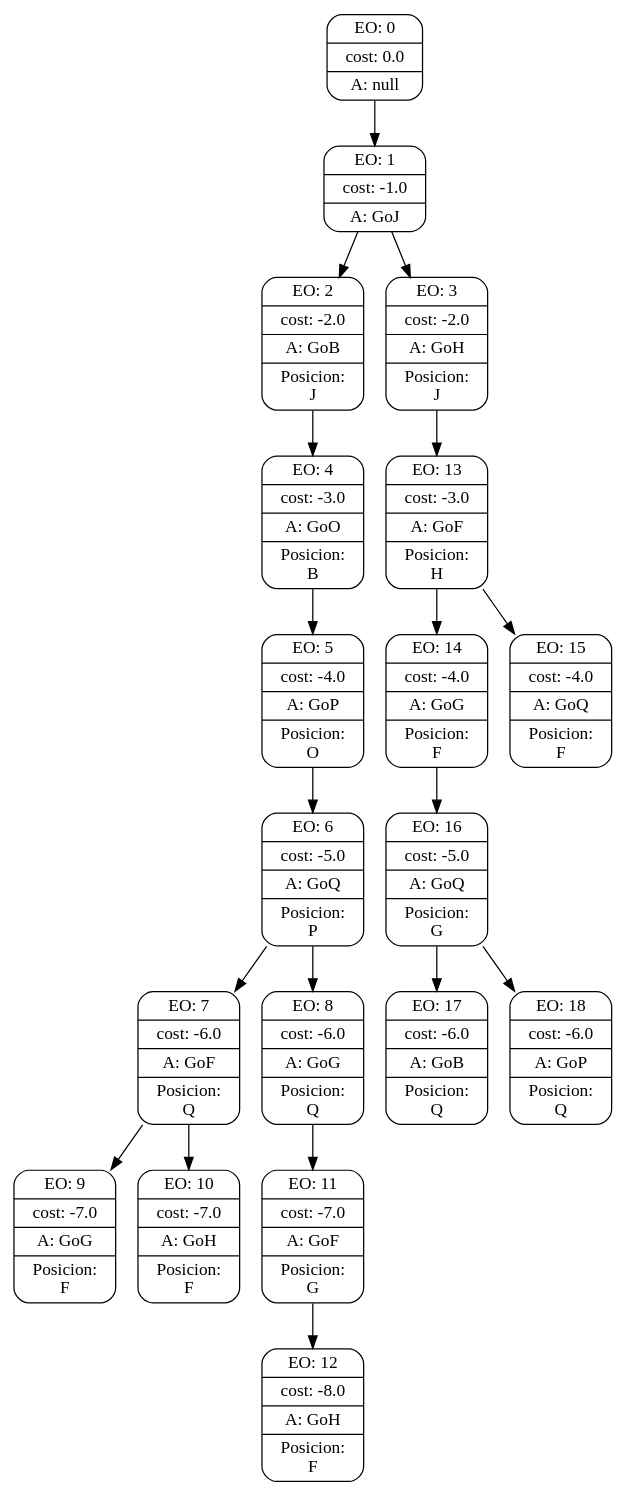
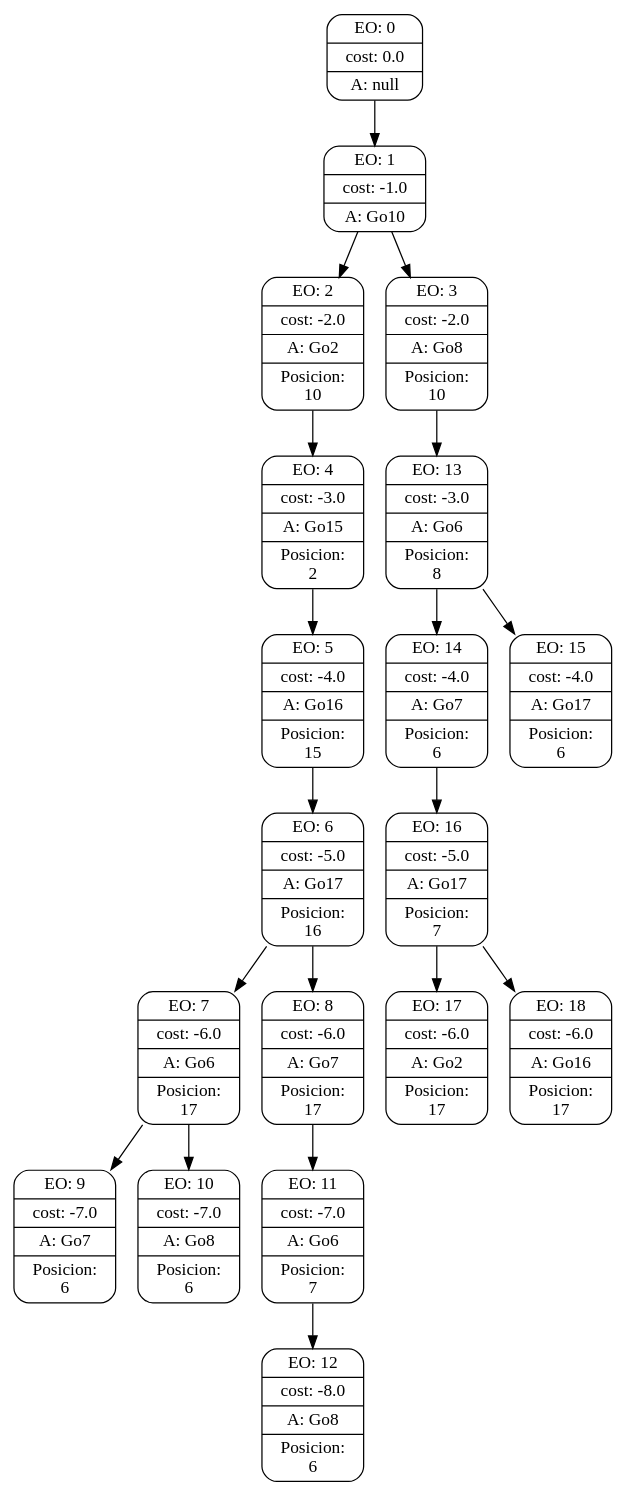
The diagram in searchGVTrees/8.dot (lniklison/TP-Inteligencia-artificial), drawn with Graphviz before and after one commit. The commit also changed 29 other files, not shown here.

```diff
--- a/searchGVTrees/8.dot
+++ b/searchGVTrees/8.dot
@@ -1,60 +1,60 @@
 digraph g {
 node [shape = Mrecord];
 nodo0[label="{EO: 0|cost: 0.0|A: null}"]
-nodo1[label="{EO: 1|cost: -1.0|A: GoJ}"]
-nodo2[label="{EO: 2|cost: -2.0|A: GoB|Posicion:\nJ}"]
-nodo4[label="{EO: 4|cost: -3.0|A: GoO|Posicion:\nB}"]
-nodo5[label="{EO: 5|cost: -4.0|A: GoP|Posicion:\nO}"]
-nodo6[label="{EO: 6|cost: -5.0|A: GoQ|Posicion:\nP}"]
-nodo7[label="{EO: 7|cost: -6.0|A: GoF|Posicion:\nQ}"]
-nodo9[label="{EO: 9|cost: -7.0|A: GoG|Posicion:\nF}"]
+nodo1[label="{EO: 1|cost: -1.0|A: Go10}"]
+nodo2[label="{EO: 2|cost: -2.0|A: Go2|Posicion:\n10}"]
+nodo4[label="{EO: 4|cost: -3.0|A: Go15|Posicion:\n2}"]
+nodo5[label="{EO: 5|cost: -4.0|A: Go16|Posicion:\n15}"]
+nodo6[label="{EO: 6|cost: -5.0|A: Go17|Posicion:\n16}"]
+nodo7[label="{EO: 7|cost: -6.0|A: Go6|Posicion:\n17}"]
+nodo9[label="{EO: 9|cost: -7.0|A: Go7|Posicion:\n6}"]
 
 nodo7 -> nodo9;
-nodo10[label="{EO: 10|cost: -7.0|A: GoH|Posicion:\nF}"]
+nodo10[label="{EO: 10|cost: -7.0|A: Go8|Posicion:\n6}"]
 
 nodo7 -> nodo10;
 
 nodo6 -> nodo7;
-nodo8[label="{EO: 8|cost: -6.0|A: GoG|Posicion:\nQ}"]
-nodo11[label="{EO: 11|cost: -7.0|A: GoF|Posicion:\nG}"]
-nodo12[label="{EO: 12|cost: -8.0|A: GoH|Posicion:\nF}"]
+nodo8[label="{EO: 8|cost: -6.0|A: Go7|Posicion:\n17}"]
+nodo11[label="{EO: 11|cost: -7.0|A: Go6|Posicion:\n7}"]
+nodo12[label="{EO: 12|cost: -8.0|A: Go8|Posicion:\n6}"]
 
 nodo11 -> nodo12;
 
 nodo8 -> nodo11;
 
 nodo6 -> nodo8;
 
 nodo5 -> nodo6;
 
 nodo4 -> nodo5;
 
 nodo2 -> nodo4;
 
 nodo1 -> nodo2;
-nodo3[label="{EO: 3|cost: -2.0|A: GoH|Posicion:\nJ}"]
-nodo13[label="{EO: 13|cost: -3.0|A: GoF|Posicion:\nH}"]
-nodo14[label="{EO: 14|cost: -4.0|A: GoG|Posicion:\nF}"]
-nodo16[label="{EO: 16|cost: -5.0|A: GoQ|Posicion:\nG}"]
-nodo17[label="{EO: 17|cost: -6.0|A: GoB|Posicion:\nQ}"]
+nodo3[label="{EO: 3|cost: -2.0|A: Go8|Posicion:\n10}"]
+nodo13[label="{EO: 13|cost: -3.0|A: Go6|Posicion:\n8}"]
+nodo14[label="{EO: 14|cost: -4.0|A: Go7|Posicion:\n6}"]
+nodo16[label="{EO: 16|cost: -5.0|A: Go17|Posicion:\n7}"]
+nodo17[label="{EO: 17|cost: -6.0|A: Go2|Posicion:\n17}"]
 
 nodo16 -> nodo17;
-nodo18[label="{EO: 18|cost: -6.0|A: GoP|Posicion:\nQ}"]
+nodo18[label="{EO: 18|cost: -6.0|A: Go16|Posicion:\n17}"]
 
 nodo16 -> nodo18;
 
 nodo14 -> nodo16;
 
 nodo13 -> nodo14;
-nodo15[label="{EO: 15|cost: -4.0|A: GoQ|Posicion:\nF}"]
+nodo15[label="{EO: 15|cost: -4.0|A: Go17|Posicion:\n6}"]
 
 nodo13 -> nodo15;
 
 nodo3 -> nodo13;
 
 nodo1 -> nodo3;
 
 nodo0 -> nodo1;
 
 
 }
```
